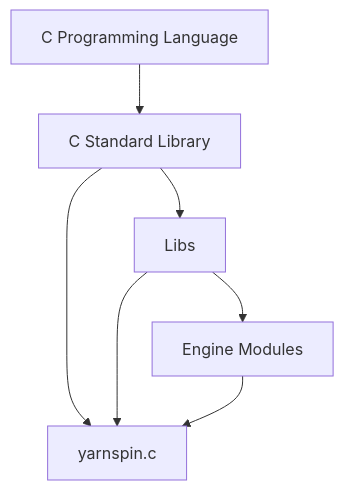
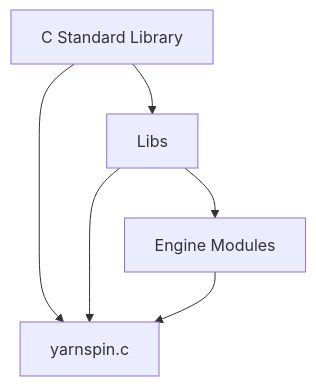
Before and after one commit to aganm/yarnspin: the diagram in docs/programmer.md, drawn with Mermaid.

````diff
--- a/docs/programmer.md
+++ b/docs/programmer.md
@@ -147,9 +147,8 @@
 ```mermaid
  graph TD;
-    A[C Programming Language] --> B[C Standard Library];
     B[C Standard Library] --> C[Libs];
     C[Libs] --> D[Engine Modules];
     B[C Standard Library] --> E[yarnspin.c];
     C[Libs] --> E[yarnspin.c];
     D[Engine Modules] --> E[yarnspin.c];
 ```
````
